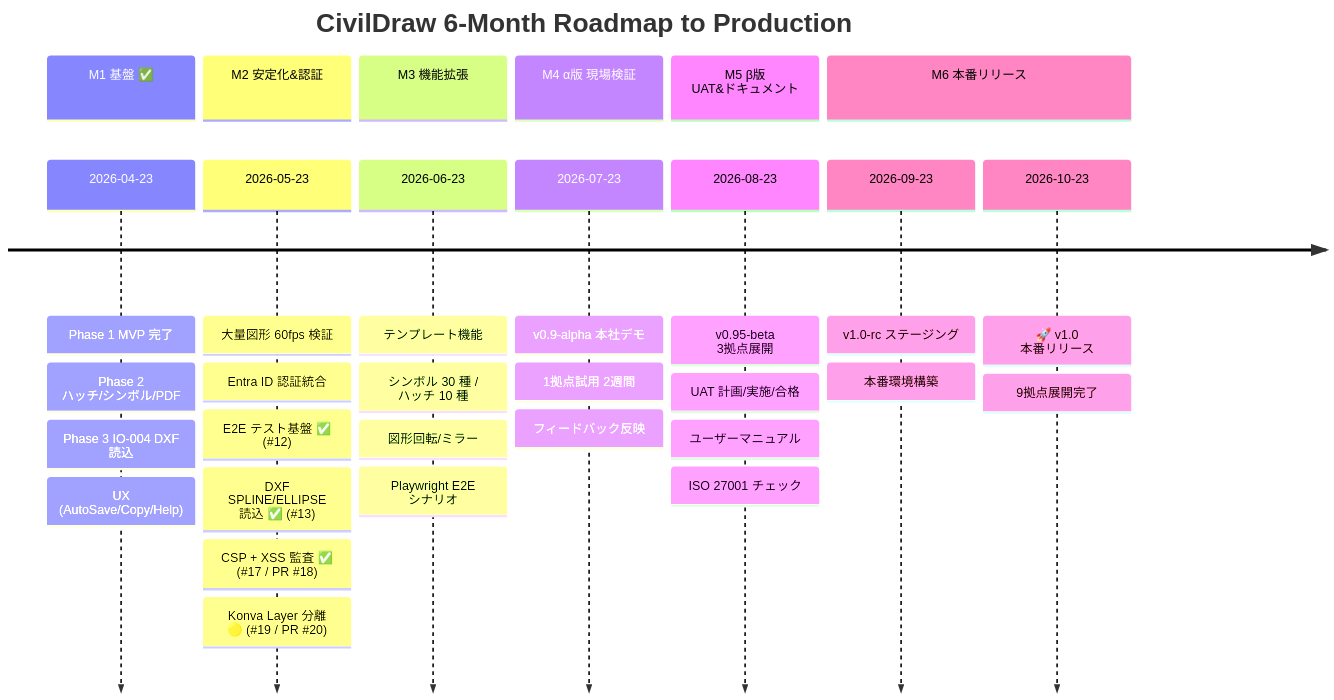
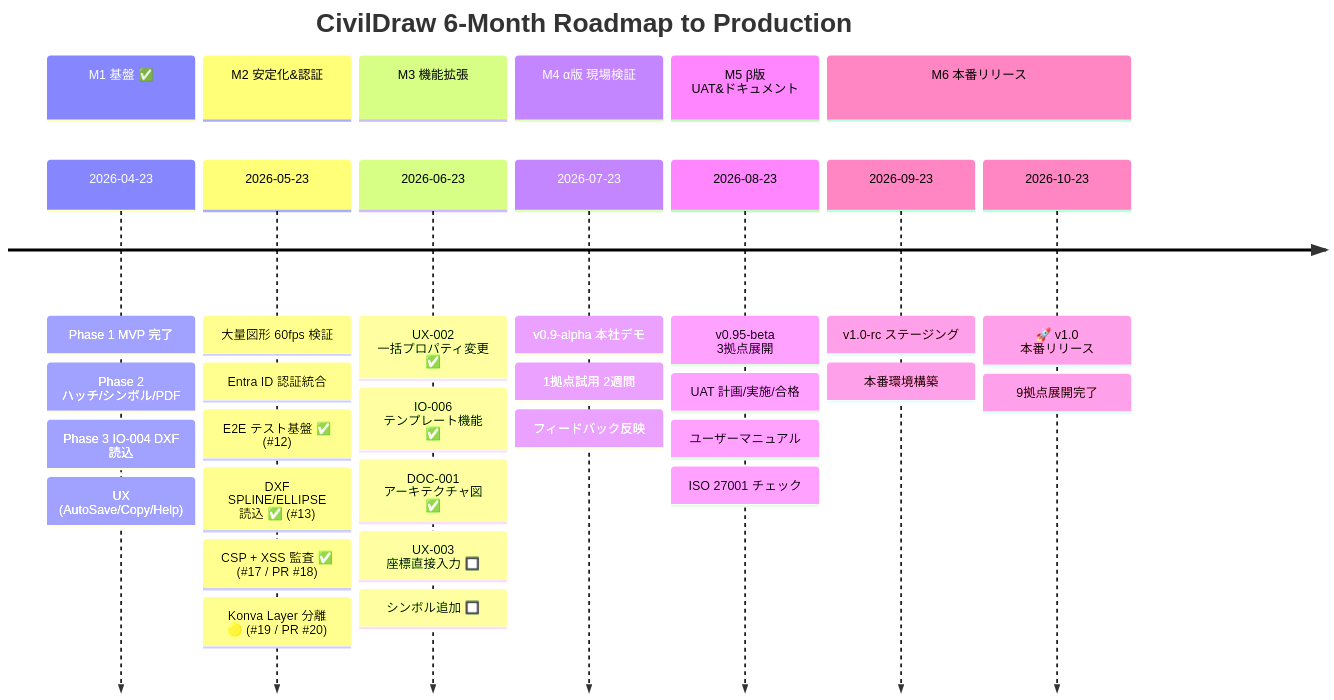
The fourth of 4 diagrams in README.md (Kensan196948G/Civil-Draw), drawn with Mermaid before and after one commit. The commit also changed other lines of this file and 2 other files, not shown here.

First line of the commit message:
docs(M3/DOC-001): アーキテクチャ図 + 開発者ガイド追加

````diff
--- a/README.md
+++ b/README.md
@@ -300,35 +311,36 @@
 ```mermaid
 timeline
     title CivilDraw 6-Month Roadmap to Production
     section M1 基盤 ✅
         2026-04-23 : Phase 1 MVP 完了
                     : Phase 2 ハッチ/シンボル/PDF
                     : Phase 3 IO-004 DXF 読込
                     : UX (AutoSave/Copy/Help)
     section M2 安定化&認証
         2026-05-23 : 大量図形 60fps 検証
                     : Entra ID 認証統合
                     : E2E テスト基盤 ✅ (#12)
                     : DXF SPLINE/ELLIPSE 読込 ✅ (#13)
                     : CSP + XSS 監査 ✅ (#17 / PR #18)
                     : Konva Layer 分離 🟡 (#19 / PR #20)
     section M3 機能拡張
-        2026-06-23 : テンプレート機能
-                    : シンボル 30 種 / ハッチ 10 種
-                    : 図形回転/ミラー
-                    : Playwright E2E シナリオ
+        2026-06-23 : UX-002 一括プロパティ変更 ✅
+                    : IO-006 テンプレート機能 ✅
+                    : DOC-001 アーキテクチャ図 ✅
+                    : UX-003 座標直接入力 🔲
+                    : シンボル追加 🔲
     section M4 α版 現場検証
         2026-07-23 : v0.9-alpha 本社デモ
                     : 1拠点試用 2週間
                     : フィードバック反映
     section M5 β版 UAT&ドキュメント
         2026-08-23 : v0.95-beta 3拠点展開
                     : UAT 計画/実施/合格
                     : ユーザーマニュアル
                     : ISO 27001 チェック
     section M6 本番リリース
         2026-09-23 : v1.0-rc ステージング
                     : 本番環境構築
         2026-10-23 : 🚀 v1.0 本番リリース
                     : 9拠点展開完了
 ```
````
